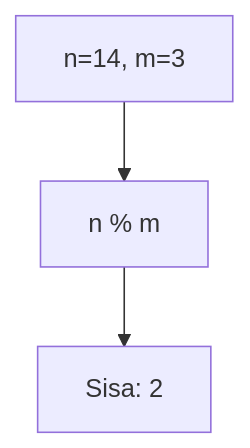
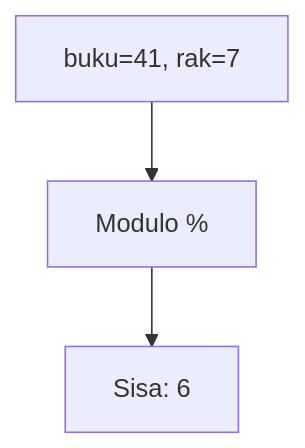
One commit to amnahwaida/OSNK_INF_PREP changed diagram 14 of 25 in part-c-pemahaman-cpp/01-tipe-data/latihan/set-06.md. Above: the diagram before and after it, drawn with Mermaid. The commit also changed other lines of this file and 71 other files, not shown here.

````diff
--- a/part-c-pemahaman-cpp/01-tipe-data/latihan/set-06.md
+++ b/part-c-pemahaman-cpp/01-tipe-data/latihan/set-06.md
@@ -350,5 +395,5 @@
 ```mermaid
 graph TD
-A["n=14, m=3"] --> B["n % m"]
-B --> C["Sisa: 2"]
+A["buku=41, rak=7"] --> B["Modulo %"]
+B --> C["Sisa: 6"]
 ```
````
